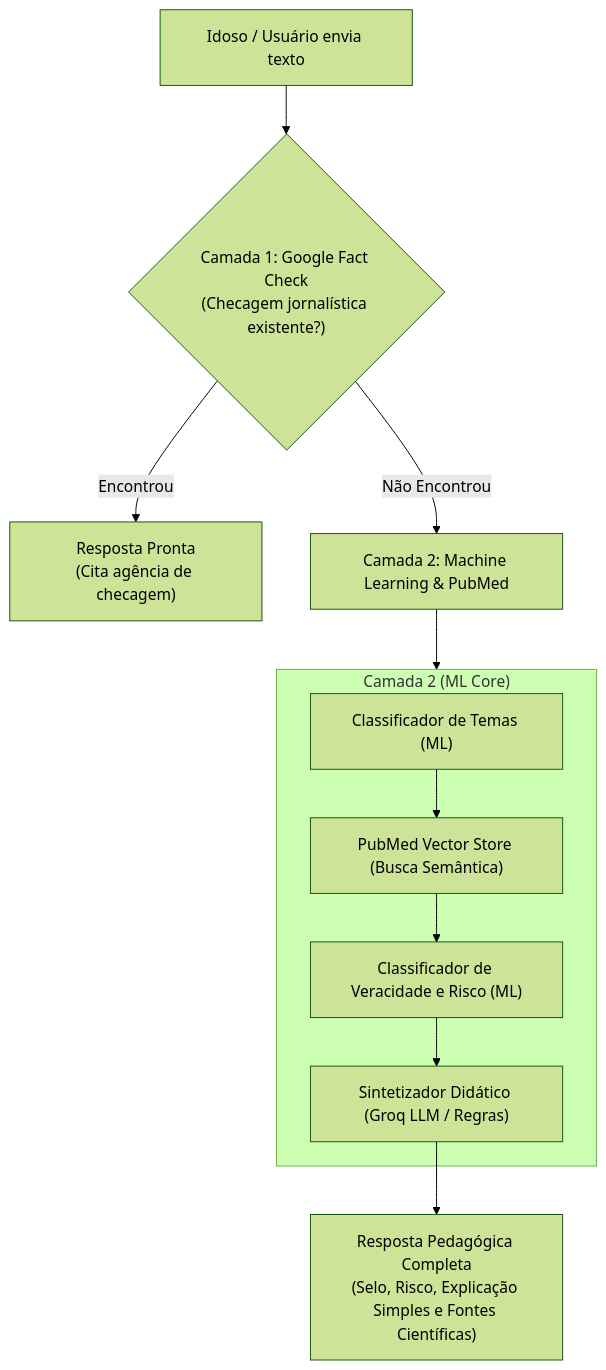
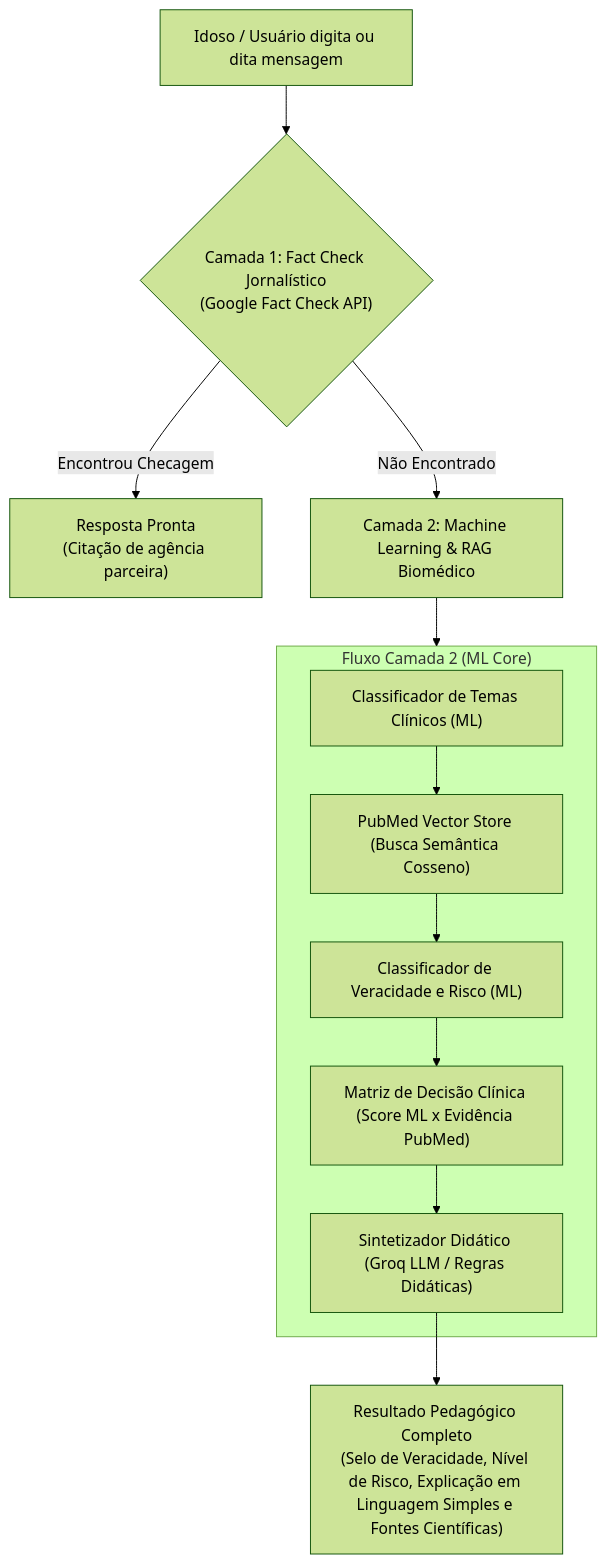
One commit to unb-Sistemas-de-Machine-learning/challenge_1_os_sem_classe changed the diagram in README.md. Above: the diagram before and after it, drawn with Mermaid (forest theme). The commit also changed other lines of this file, not shown here.

````diff
--- a/README.md
+++ b/README.md
@@ -29,18 +47,19 @@
 ```mermaid
 flowchart TD
-    User["Idoso / Usuário envia texto"] --> C1{"Camada 1: Google Fact Check\n(Checagem jornalística existente?)"}
-    C1 -->|"Encontrou"| R1["Resposta Pronta\n(Cita agência de checagem)"]
-    C1 -->|"Não Encontrou"| C2["Camada 2: Machine Learning & PubMed"]
+    User["Idoso / Usuário digita ou dita mensagem"] --> C1{"Camada 1: Fact Check Jornalístico\n(Google Fact Check API)"}
+    C1 -->|"Encontrou Checagem"| R1["Resposta Pronta\n(Citação de agência parceira)"]
+    C1 -->|"Não Encontrado"| C2["Camada 2: Machine Learning & RAG Biomédico"]
     
-    subgraph C2Flow["Camada 2 (ML Core)"]
-        TemaML["Classificador de Temas (ML)"]
-        VecDB["PubMed Vector Store (Busca Semântica)"]
+    subgraph C2Flow["Fluxo Camada 2 (ML Core)"]
+        TemaML["Classificador de Temas Clínicos (ML)"]
+        VecDB["PubMed Vector Store (Busca Semântica Cosseno)"]
         VeracityML["Classificador de Veracidade e Risco (ML)"]
-        Synthesizer["Sintetizador Didático (Groq LLM / Regras)"]
+        DecisionMatrix["Matriz de Decisão Clínica (Score ML x Evidência PubMed)"]
+        Synthesizer["Sintetizador Didático (Groq LLM / Regras Didáticas)"]
         
-        TemaML --> VecDB --> VeracityML --> Synthesizer
+        TemaML --> VecDB --> VeracityML --> DecisionMatrix --> Synthesizer
     end
     
     C2 --> C2Flow
-    Synthesizer --> R2["Resposta Pedagógica Completa\n(Selo, Risco, Explicação Simples e Fontes Científicas)"]
+    Synthesizer --> R2["Resultado Pedagógico Completo\n(Selo de Veracidade, Nível de Risco, Explicação em Linguagem Simples e Fontes Científicas)"]
 ```
````
